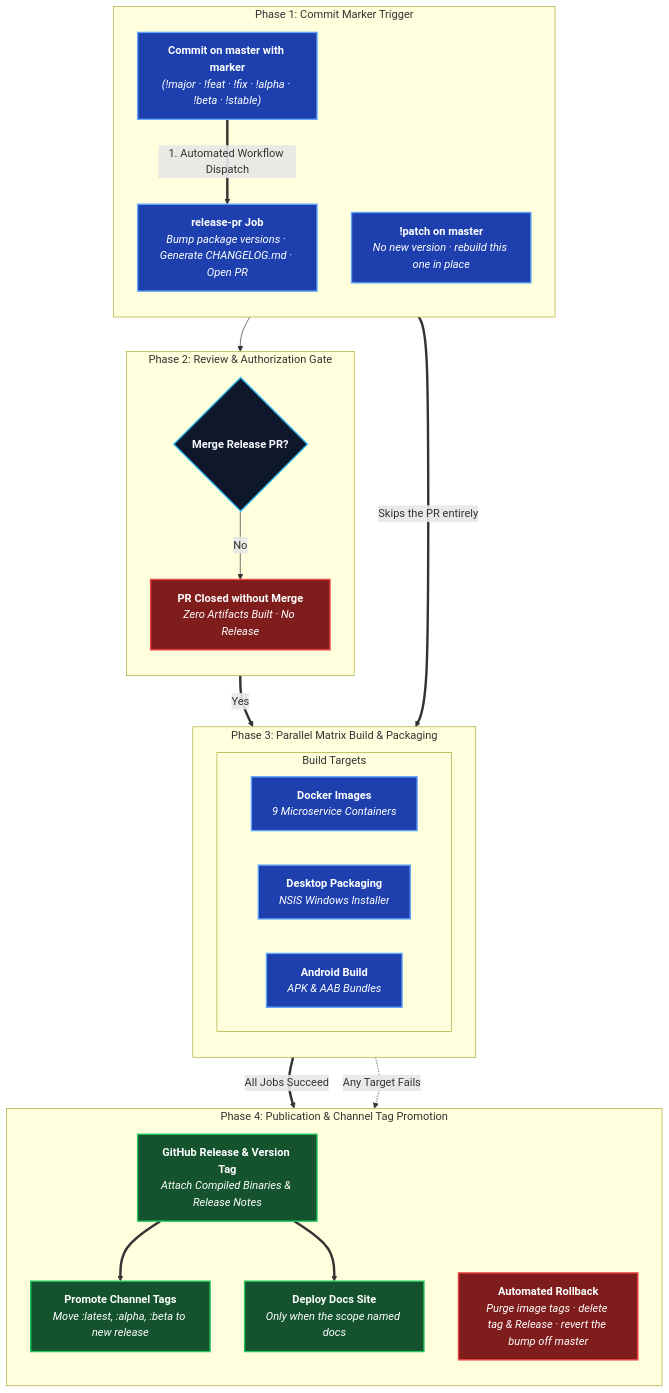
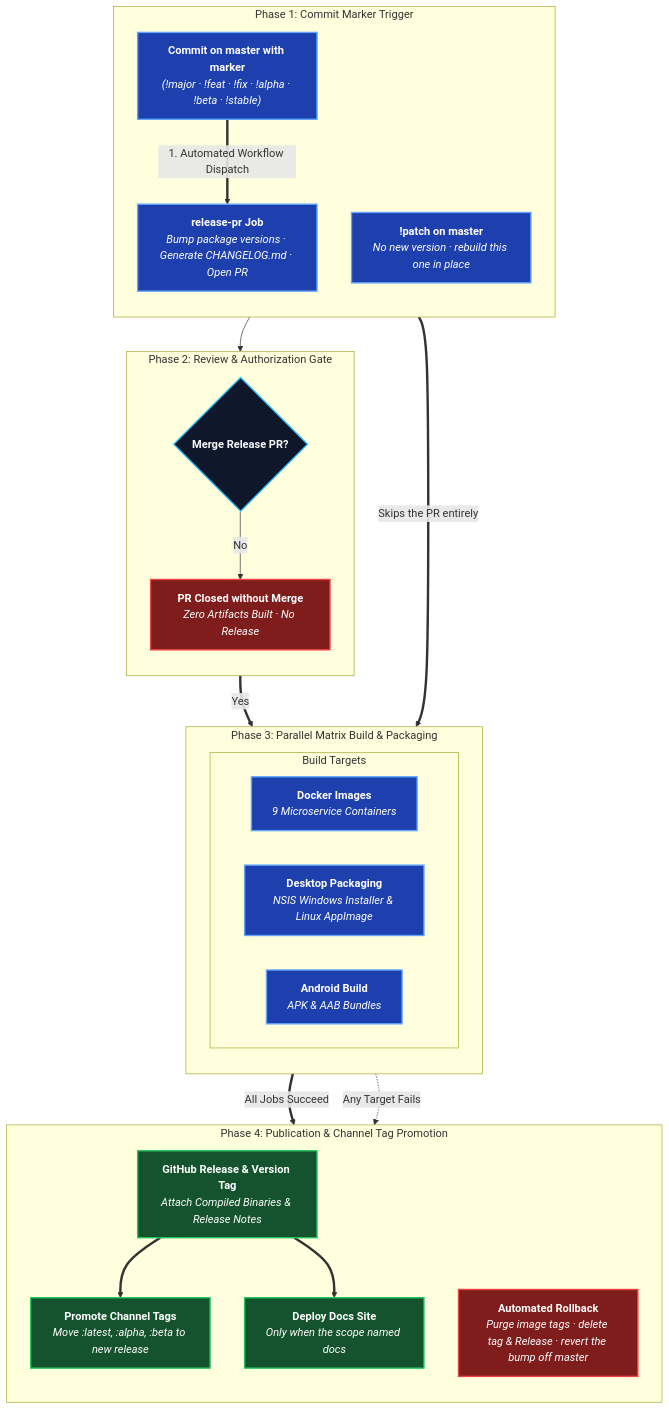
Before and after one commit to aiyu-ayaan/BetweenUs: the diagram in docs/docs/deployment/release-pipeline.md, drawn with Mermaid. The commit also changed other lines of this file and 7 other files, not shown here.

First line of the commit message:
docs(desktop): document the Linux AppImage, its installer and autostart

````diff
--- a/docs/docs/deployment/release-pipeline.md
+++ b/docs/docs/deployment/release-pipeline.md
@@ -16,57 +16,57 @@
 ```mermaid
 flowchart TD
     %% TIER 1: TRIGGER & PROMOTION MARKER
     subgraph T_TRIGGER ["Phase 1: Commit Marker Trigger"]
         direction TB
         Commit["<b>Commit on master with marker</b><br/><i>(!major · !feat · !fix · !alpha · !beta · !stable)</i>"]
         Patch["<b>!patch on master</b><br/><i>No new version · rebuild this one in place</i>"]
         ReleasePR["<b>release-pr Job</b><br/><i>Bump package versions · Generate CHANGELOG.md · Open PR</i>"]
         Commit ==>|"1. Automated Workflow Dispatch"| ReleasePR
     end
 
     %% TIER 2: HUMAN REVIEW GATE
     subgraph T_GATE ["Phase 2: Review & Authorization Gate"]
         direction TB
         MergePR{"<b>Merge Release PR?</b>"}
         Closed["<b>PR Closed without Merge</b><br/><i>Zero Artifacts Built · No Release</i>"]
         ReleasePR --> MergePR
         MergePR -->|"No"| Closed
     end
 
     %% TIER 3: PARALLEL ARTIFACT BUILD MATRIX
     subgraph T_BUILD ["Phase 3: Parallel Matrix Build & Packaging"]
         direction TB
         subgraph Matrix ["Build Targets"]
             direction LR
             DockerBuild["<b>Docker Images</b><br/><i>9 Microservice Containers</i>"]
-            DesktopBuild["<b>Desktop Packaging</b><br/><i>NSIS Windows Installer</i>"]
+            DesktopBuild["<b>Desktop Packaging</b><br/><i>NSIS Windows Installer & Linux AppImage</i>"]
             AndroidBuild["<b>Android Build</b><br/><i>APK & AAB Bundles</i>"]
         end
         MergePR ==>|"Yes"| Matrix
         Patch ==>|"Skips the PR entirely"| Matrix
     end
 
     %% TIER 4: PUBLICATION & TAG PROMOTION
     subgraph T_PUBLISH ["Phase 4: Publication & Channel Tag Promotion"]
         direction TB
         GHRelease["<b>GitHub Release & Version Tag</b><br/><i>Attach Compiled Binaries & Release Notes</i>"]
         PromoteTags["<b>Promote Channel Tags</b><br/><i>Move :latest, :alpha, :beta to new release</i>"]
         Rollback["<b>Automated Rollback</b><br/><i>Purge image tags · delete tag & Release · revert the bump off master</i>"]
         Docs["<b>Deploy Docs Site</b><br/><i>Only when the scope named docs</i>"]
 
         Matrix ==>|"All Jobs Succeed"| GHRelease ==> PromoteTags
         GHRelease ==> Docs
         Matrix -.->|"Any Target Fails"| Rollback
     end
 
     %% Styling
     classDef primary fill:#1e40af,stroke:#60a5fa,stroke-width:2px,color:#ffffff;
     classDef decision fill:#0f172a,stroke:#38bdf8,stroke-width:2px,color:#f8fafc;
     classDef success fill:#14532d,stroke:#22c55e,stroke-width:2px,color:#ffffff;
     classDef fail fill:#7f1d1d,stroke:#ef4444,stroke-width:2px,color:#ffffff;
 
     class Commit,Patch,ReleasePR,DockerBuild,DesktopBuild,AndroidBuild primary;
     class MergePR decision;
     class GHRelease,PromoteTags,Docs success;
     class Closed,Rollback fail;
 ```
````
